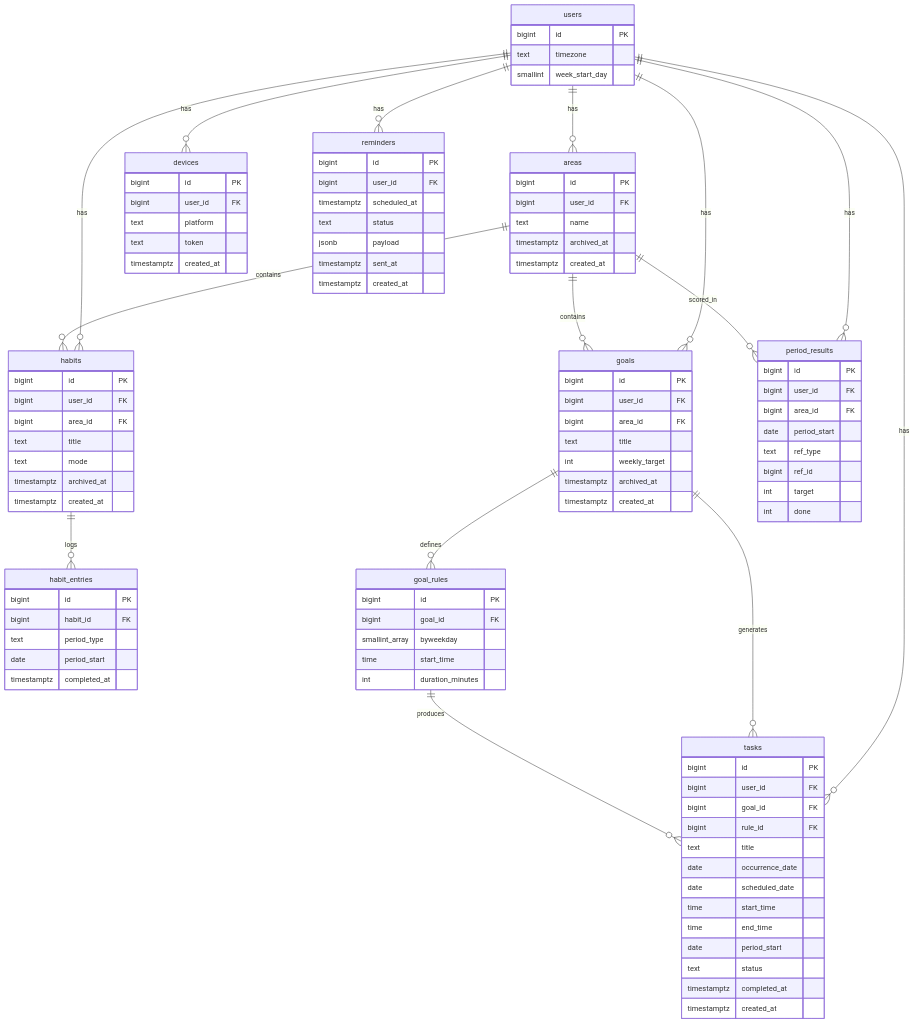
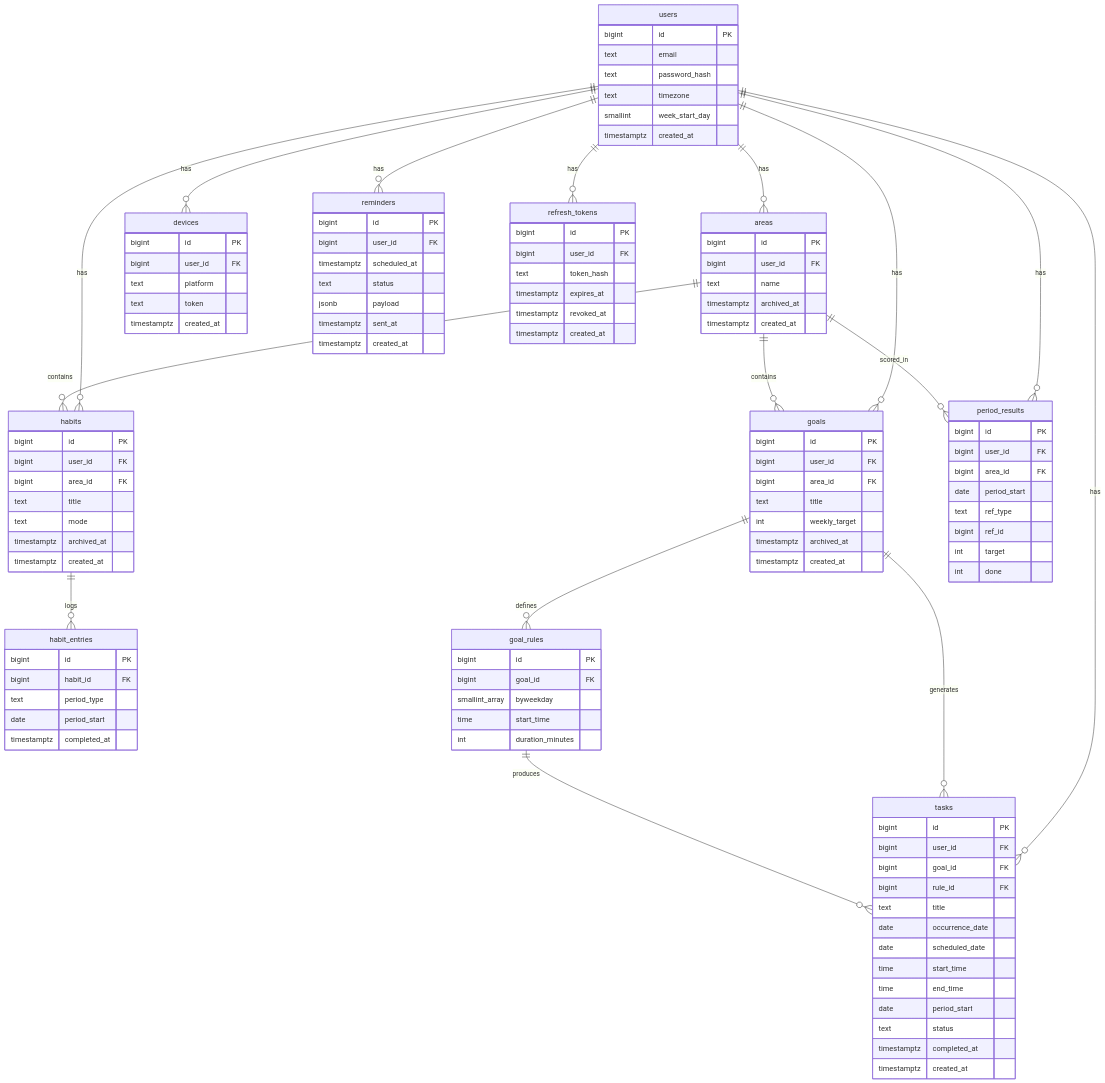
Before and after one commit to Deniztpl/spoons-up: the diagram in docs/schema.md, drawn with Mermaid. The commit also changed other lines of this file and 1 other file, not shown here.

Commit message:
docs: add backend plan and auth schema

```diff
--- a/docs/schema.md
+++ b/docs/schema.md
@@ -11,6 +11,7 @@
     users ||--o{ devices : has
     users ||--o{ reminders : has
     users ||--o{ period_results : has
+    users ||--o{ refresh_tokens : has
 
     areas ||--o{ habits : contains
     areas ||--o{ goals : contains
@@ -24,8 +25,20 @@
 
     users {
         bigint id PK
+        text email
+        text password_hash
         text timezone
         smallint week_start_day
+        timestamptz created_at
+    }
+
+    refresh_tokens {
+        bigint id PK
+        bigint user_id FK
+        text token_hash
+        timestamptz expires_at
+        timestamptz revoked_at
+        timestamptz created_at
     }
 
     areas {
```
